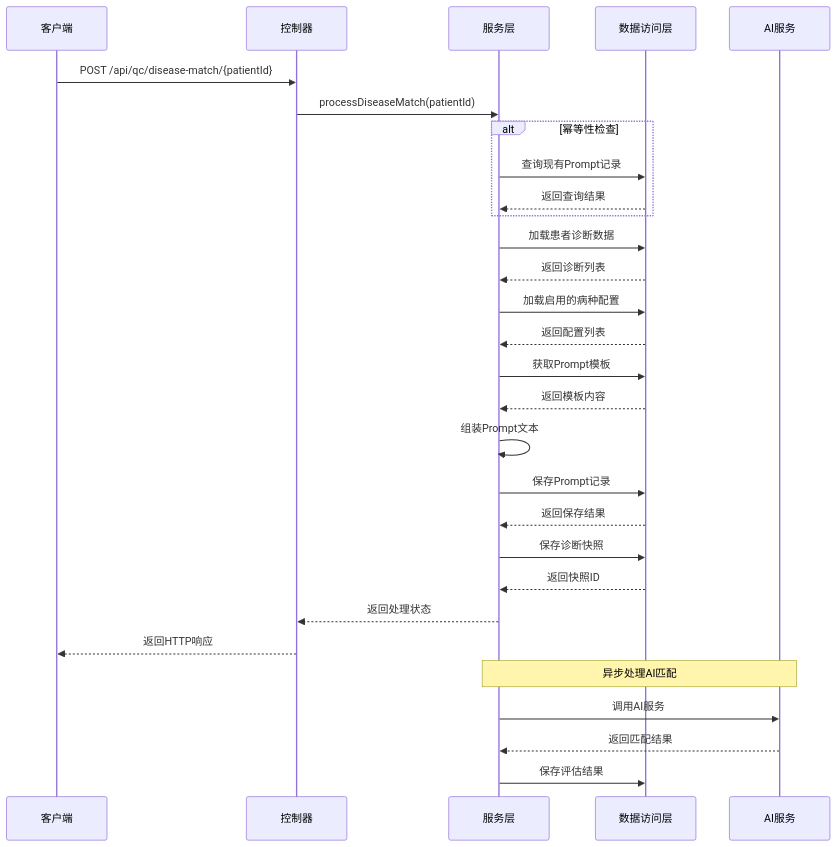
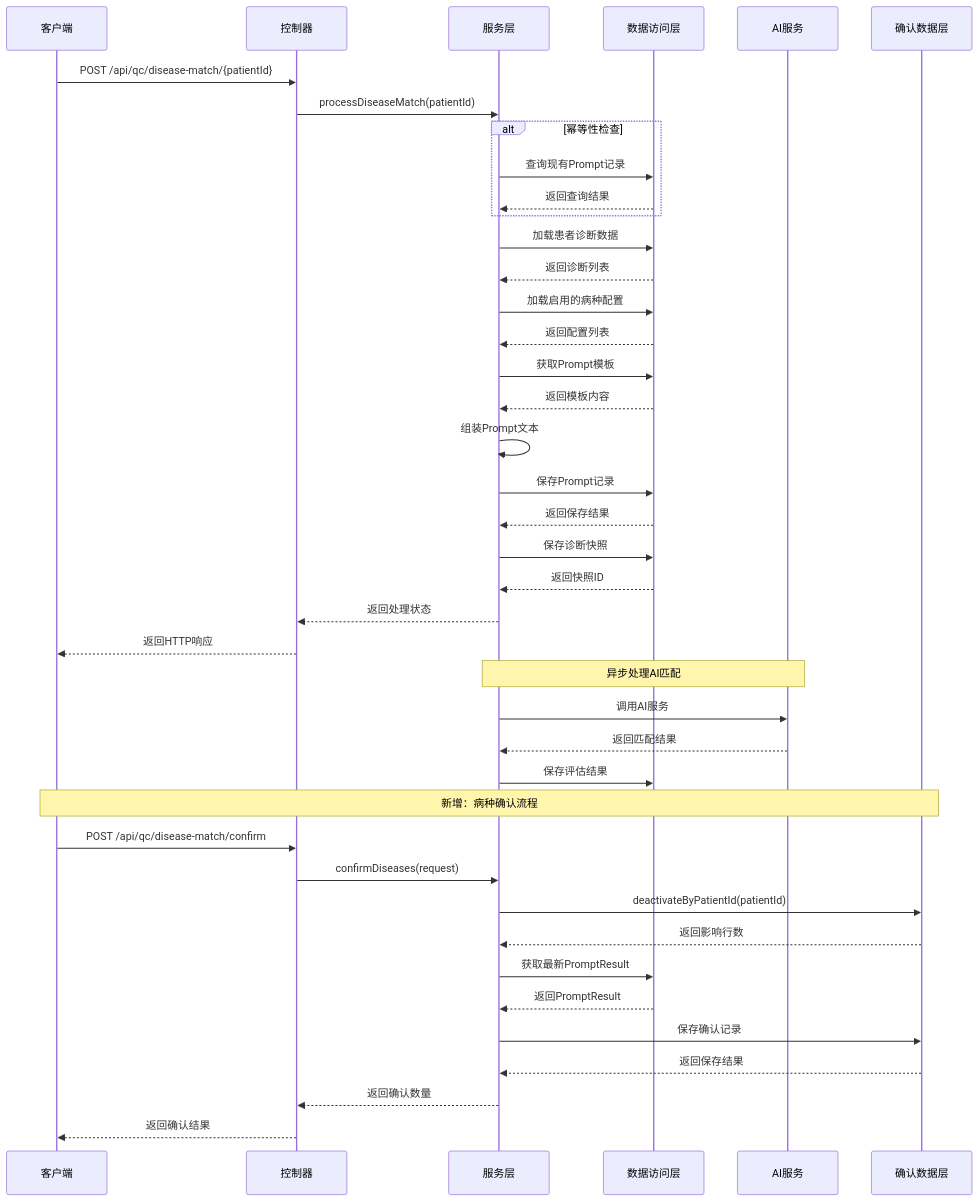
Before and after one commit to liuzh2008/med_ai_assistant_workspace: the fourth of 10 diagrams in .qoder/repowiki/zh/content/QC评估引擎.md, drawn with Mermaid. The commit also changed other lines of this file and 5 other files, not shown here.

Commit message:
v0.8.048: 实现质控评估重新分析功能（QcAssessmentService + POST /api/qc/assessment/{patientId}/reanalyze）

````diff
--- a/.qoder/repowiki/zh/content/QC评估引擎.md
+++ b/.qoder/repowiki/zh/content/QC评估引擎.md
@@ -205,31 +250,43 @@
 ```mermaid
 sequenceDiagram
 participant Client as 客户端
 participant Controller as 控制器
 participant Service as 服务层
 participant Repo as 数据访问层
 participant AI as AI服务
+participant ConfirmRepo as 确认数据层
 Client->>Controller : POST /api/qc/disease-match/{patientId}
 Controller->>Service : processDiseaseMatch(patientId)
 alt 幂等性检查
 Service->>Repo : 查询现有Prompt记录
 Repo-->>Service : 返回查询结果
 end
 Service->>Repo : 加载患者诊断数据
 Repo-->>Service : 返回诊断列表
 Service->>Repo : 加载启用的病种配置
 Repo-->>Service : 返回配置列表
 Service->>Repo : 获取Prompt模板
 Repo-->>Service : 返回模板内容
 Service->>Service : 组装Prompt文本
 Service->>Repo : 保存Prompt记录
 Repo-->>Service : 返回保存结果
 Service->>Repo : 保存诊断快照
 Repo-->>Service : 返回快照ID
 Service-->>Controller : 返回处理状态
 Controller-->>Client : 返回HTTP响应
 Note over Service,AI : 异步处理AI匹配
 Service->>AI : 调用AI服务
 AI-->>Service : 返回匹配结果
 Service->>Repo : 保存评估结果
+Note over Client,ConfirmRepo : 新增：病种确认流程
+Client->>Controller : POST /api/qc/disease-match/confirm
+Controller->>Service : confirmDiseases(request)
+Service->>ConfirmRepo : deactivateByPatientId(patientId)
+ConfirmRepo-->>Service : 返回影响行数
+Service->>Repo : 获取最新PromptResult
+Repo-->>Service : 返回PromptResult
+Service->>ConfirmRepo : 保存确认记录
+ConfirmRepo-->>Service : 返回保存结果
+Service-->>Controller : 返回确认数量
+Controller-->>Client : 返回确认结果
 ```
````
